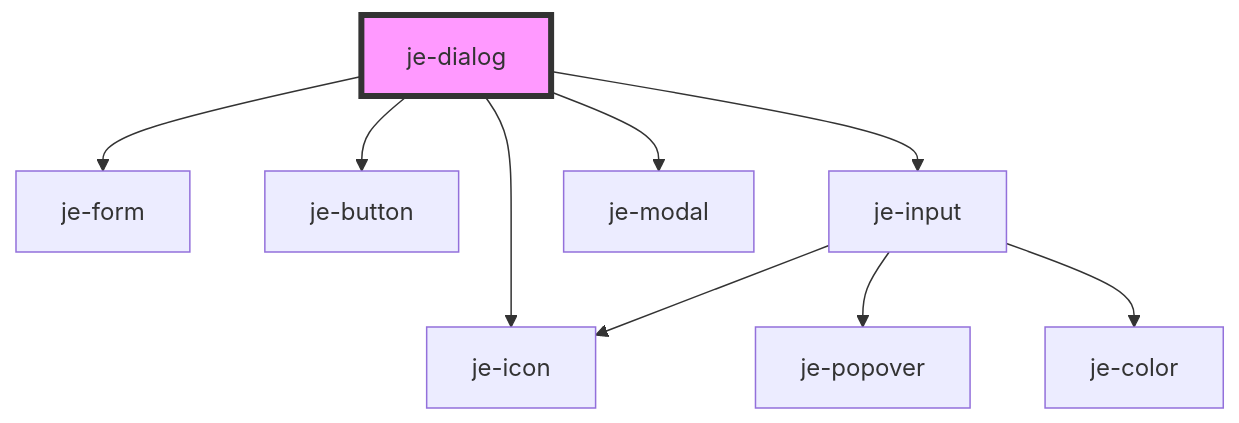
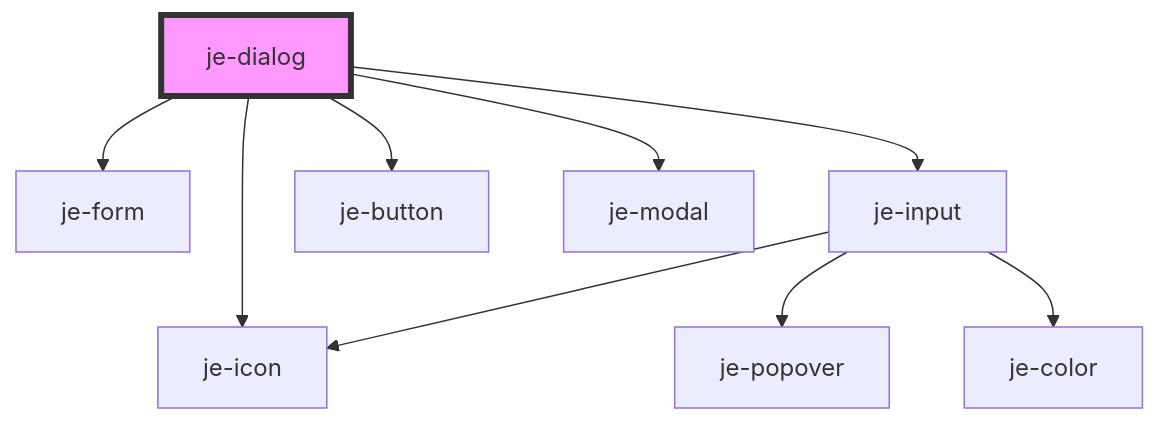
The diagram in packages/docs/docs/components/je-dialog/readme.md (pgreen00/jebamo), drawn with Mermaid before and after one commit. The commit also changed other lines of this file and 228 other files, not shown here.

````diff
--- a/packages/docs/docs/components/je-dialog/readme.md
+++ b/packages/docs/docs/components/je-dialog/readme.md
@@ -72,12 +72,12 @@
 ```mermaid
 graph TD;
   je-dialog --> je-form
   je-dialog --> je-icon
+  je-dialog --> je-input
   je-dialog --> je-button
-  je-dialog --> je-input
   je-dialog --> je-modal
   je-input --> je-icon
   je-input --> je-popover
   je-input --> je-color
   style je-dialog fill:#f9f,stroke:#333,stroke-width:4px
 ```
````
